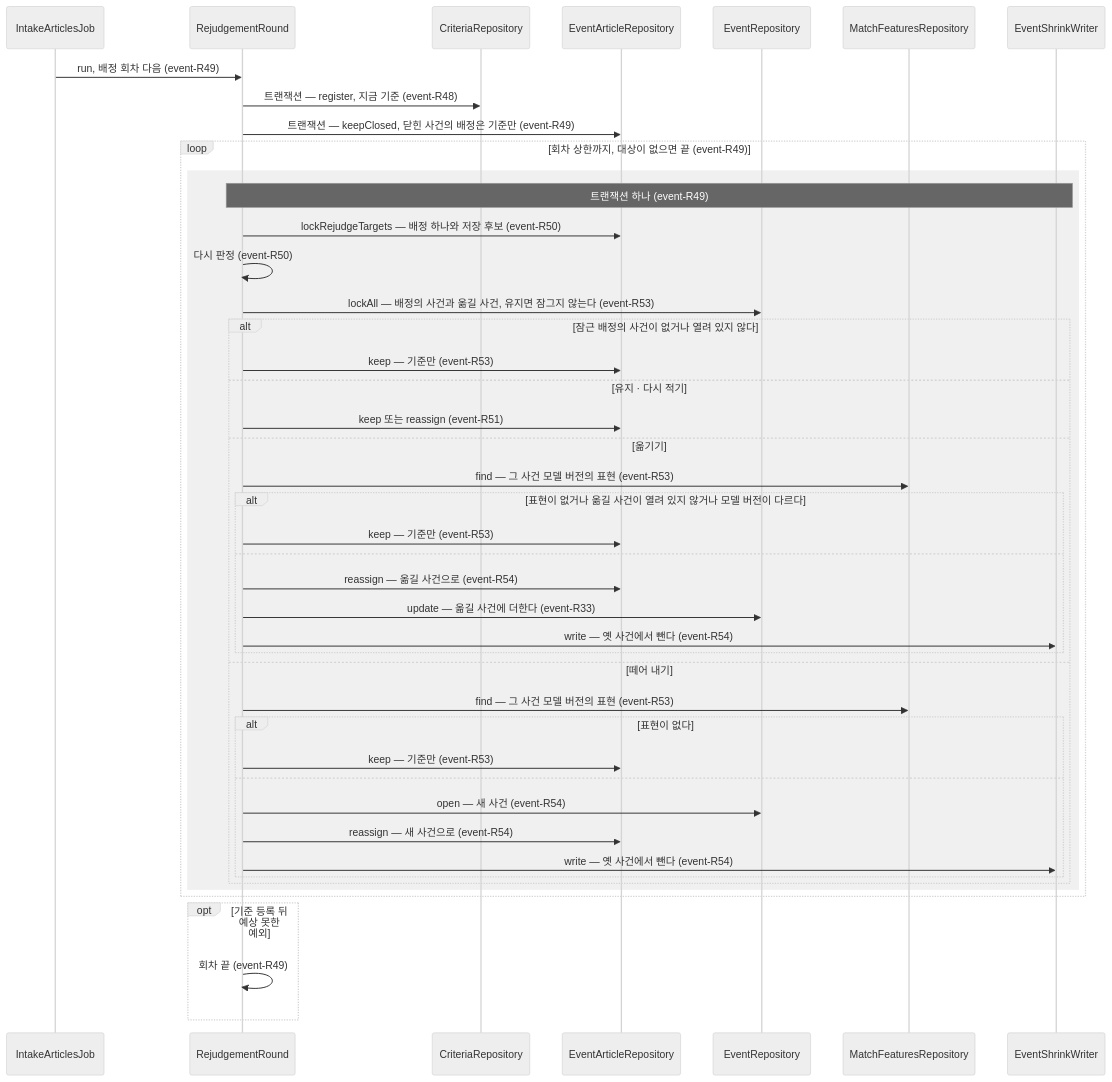
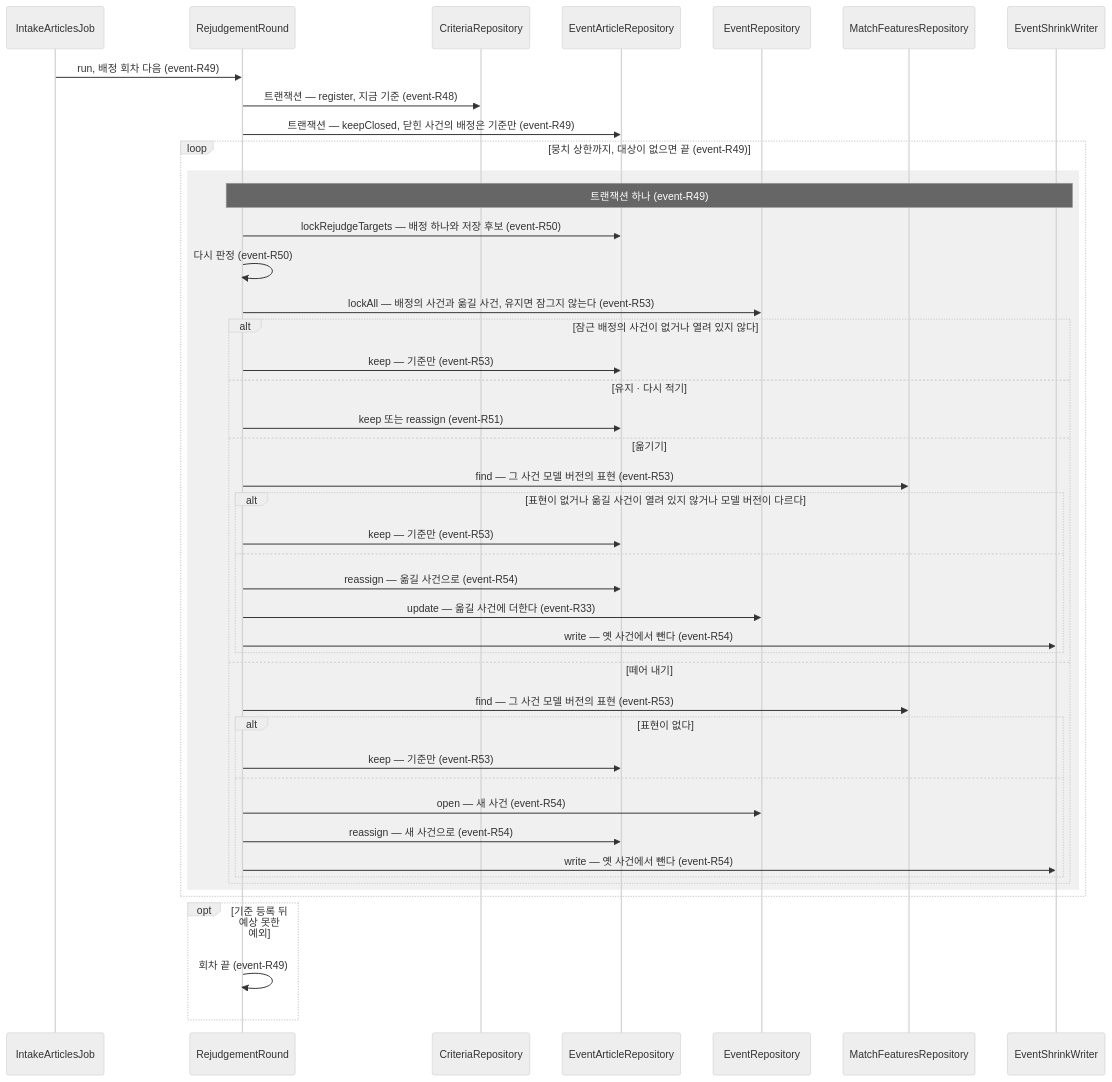
The third of 6 diagrams in docs/specs/event.md (Theia0382/yozm-news), drawn with Mermaid (neutral theme) before and after one commit. The commit also changed other lines of this file and 21 other files, not shown here.

````diff
--- a/docs/specs/event.md
+++ b/docs/specs/event.md
@@ -484,48 +500,48 @@
 ```mermaid
 sequenceDiagram
     participant J as IntakeArticlesJob
     participant R as RejudgementRound
     participant C as CriteriaRepository
     participant B as EventArticleRepository
     participant V as EventRepository
     participant F as MatchFeaturesRepository
     participant W as EventShrinkWriter
 
     J->>R: run, 배정 회차 다음 (event-R49)
     R->>C: 트랜잭션 — register, 지금 기준 (event-R48)
     R->>B: 트랜잭션 — keepClosed, 닫힌 사건의 배정은 기준만 (event-R49)
-    loop 회차 상한까지, 대상이 없으면 끝 (event-R49)
+    loop 뭉치 상한까지, 대상이 없으면 끝 (event-R49)
         rect rgba(128, 128, 128, 0.12)
         Note over R,W: 트랜잭션 하나 (event-R49)
         R->>B: lockRejudgeTargets — 배정 하나와 저장 후보 (event-R50)
         R->>R: 다시 판정 (event-R50)
         R->>V: lockAll — 배정의 사건과 옮길 사건, 유지면 잠그지 않는다 (event-R53)
         alt 잠근 배정의 사건이 없거나 열려 있지 않다
             R->>B: keep — 기준만 (event-R53)
         else 유지 · 다시 적기
             R->>B: keep 또는 reassign (event-R51)
         else 옮기기
             R->>F: find — 그 사건 모델 버전의 표현 (event-R53)
             alt 표현이 없거나 옮길 사건이 열려 있지 않거나 모델 버전이 다르다
                 R->>B: keep — 기준만 (event-R53)
             else
                 R->>B: reassign — 옮길 사건으로 (event-R54)
                 R->>V: update — 옮길 사건에 더한다 (event-R33)
                 R->>W: write — 옛 사건에서 뺀다 (event-R54)
             end
         else 떼어 내기
             R->>F: find — 그 사건 모델 버전의 표현 (event-R53)
             alt 표현이 없다
                 R->>B: keep — 기준만 (event-R53)
             else
                 R->>V: open — 새 사건 (event-R54)
                 R->>B: reassign — 새 사건으로 (event-R54)
                 R->>W: write — 옛 사건에서 뺀다 (event-R54)
             end
         end
         end
     end
     opt 기준 등록 뒤 예상 못한 예외
         R->>R: 회차 끝 (event-R49)
     end
 ```
````
